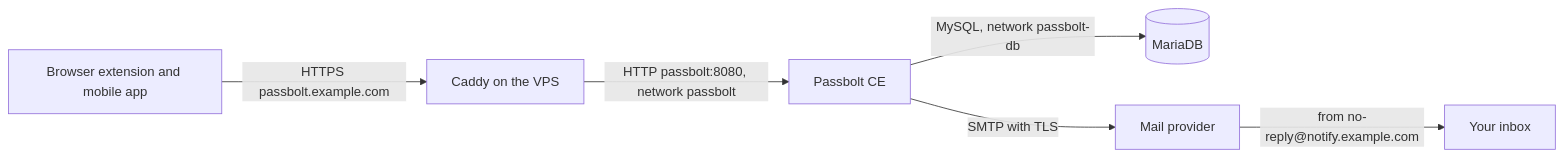
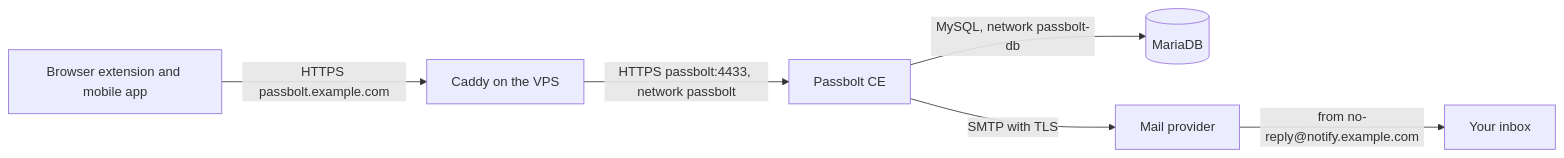
The diagram in docs/setup-passbolt.md (ebarooni/webfolio), drawn with Mermaid before and after one commit. The commit also changed other lines of this file and 5 other files, not shown here.

First line of the commit message:
docs: connect Caddy to the Passbolt HTTPS port, drop the fixed address

````diff
--- a/docs/setup-passbolt.md
+++ b/docs/setup-passbolt.md
@@ -37,8 +37,8 @@
 ```mermaid
 flowchart LR
     ext[Browser extension and mobile app] -- "HTTPS passbolt.example.com" --> caddy[Caddy on the VPS]
-    caddy -- "HTTP passbolt:8080, network passbolt" --> pb[Passbolt CE]
+    caddy -- "HTTPS passbolt:4433, network passbolt" --> pb[Passbolt CE]
     pb -- "MySQL, network passbolt-db" --> db[(MariaDB)]
     pb -- "SMTP with TLS" --> mail[Mail provider]
     mail -- "from no-reply@notify.example.com" --> inbox[Your inbox]
 ```
````
